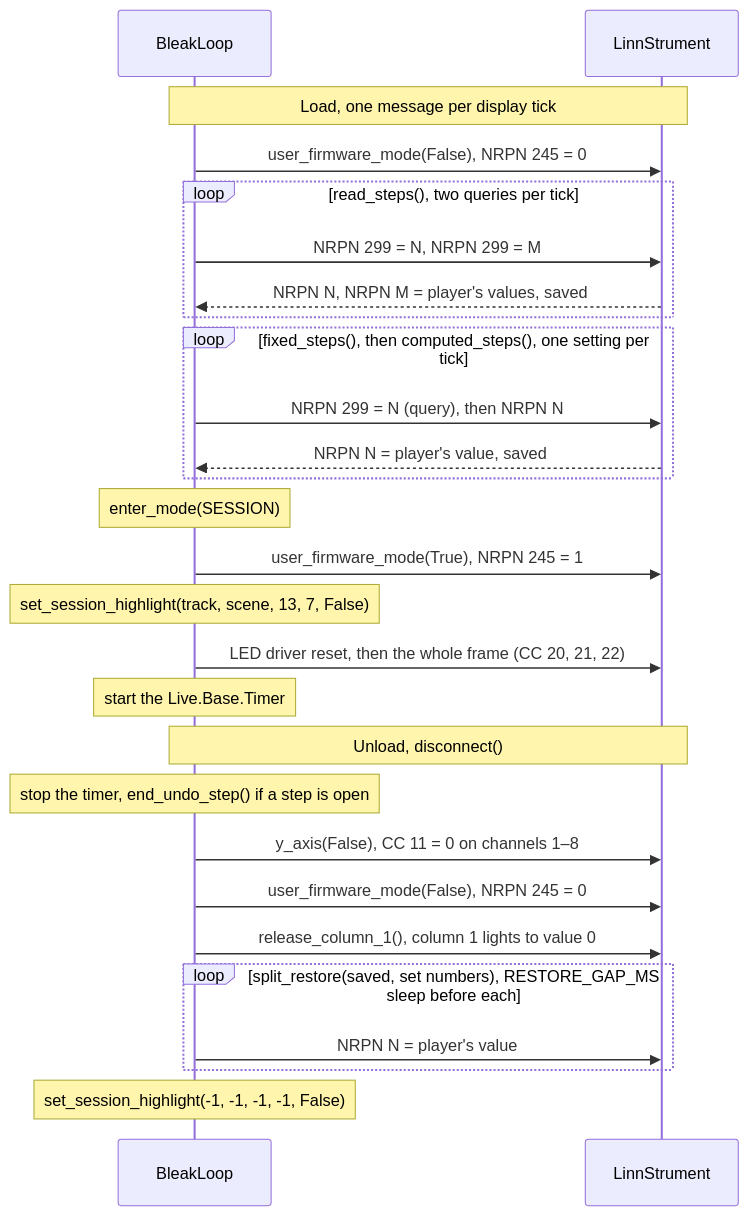
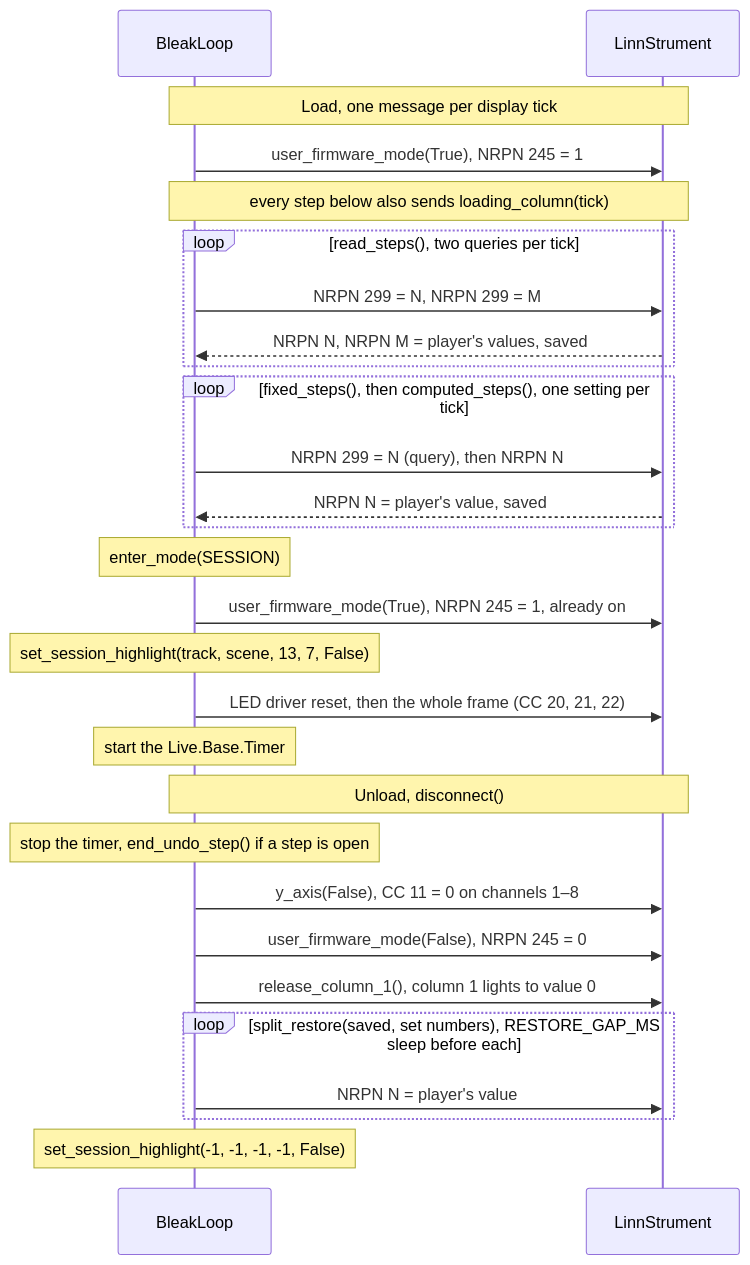
One commit to ianbleaker/bleakloop-linnstrument changed the fifth of 8 diagrams in docs/architecture.md. Above: the diagram before and after it, drawn with Mermaid. The commit also changed other lines of this file and 4 other files, not shown here.

````diff
--- a/docs/architecture.md
+++ b/docs/architecture.md
@@ -331,29 +331,30 @@
 ```mermaid
 sequenceDiagram
   participant BleakLoop
   participant LinnStrument
   Note over BleakLoop,LinnStrument: Load, one message per display tick
-  BleakLoop->>LinnStrument: user_firmware_mode(False), NRPN 245 = 0
+  BleakLoop->>LinnStrument: user_firmware_mode(True), NRPN 245 = 1
+  Note over BleakLoop,LinnStrument: every step below also sends loading_column(tick)
   loop read_steps(), two queries per tick
     BleakLoop->>LinnStrument: NRPN 299 = N, NRPN 299 = M
     LinnStrument-->>BleakLoop: NRPN N, NRPN M = player's values, saved
   end
   loop fixed_steps(), then computed_steps(), one setting per tick
     BleakLoop->>LinnStrument: NRPN 299 = N (query), then NRPN N
     LinnStrument-->>BleakLoop: NRPN N = player's value, saved
   end
   Note over BleakLoop: enter_mode(SESSION)
-  BleakLoop->>LinnStrument: user_firmware_mode(True), NRPN 245 = 1
+  BleakLoop->>LinnStrument: user_firmware_mode(True), NRPN 245 = 1, already on
   Note over BleakLoop: set_session_highlight(track, scene, 13, 7, False)
   BleakLoop->>LinnStrument: LED driver reset, then the whole frame (CC 20, 21, 22)
   Note over BleakLoop: start the Live.Base.Timer
   Note over BleakLoop,LinnStrument: Unload, disconnect()
   Note over BleakLoop: stop the timer, end_undo_step() if a step is open
   BleakLoop->>LinnStrument: y_axis(False), CC 11 = 0 on channels 1–8
   BleakLoop->>LinnStrument: user_firmware_mode(False), NRPN 245 = 0
   BleakLoop->>LinnStrument: release_column_1(), column 1 lights to value 0
   loop split_restore(saved, set numbers), RESTORE_GAP_MS sleep before each
     BleakLoop->>LinnStrument: NRPN N = player's value
   end
   Note over BleakLoop: set_session_highlight(-1, -1, -1, -1, False)
 ```
````
